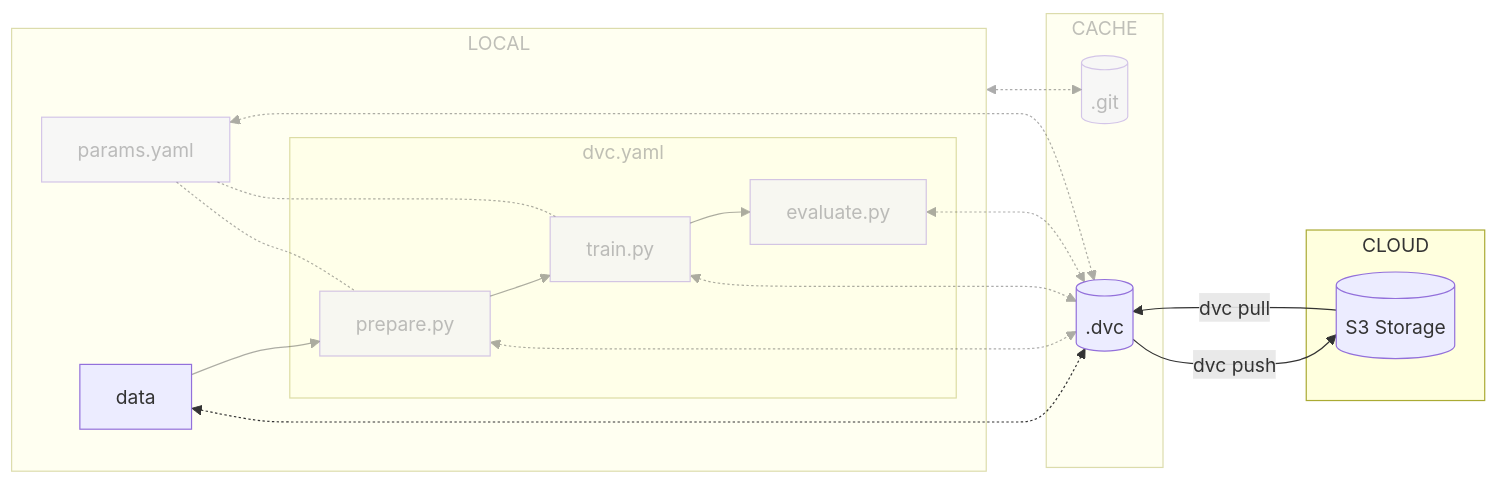
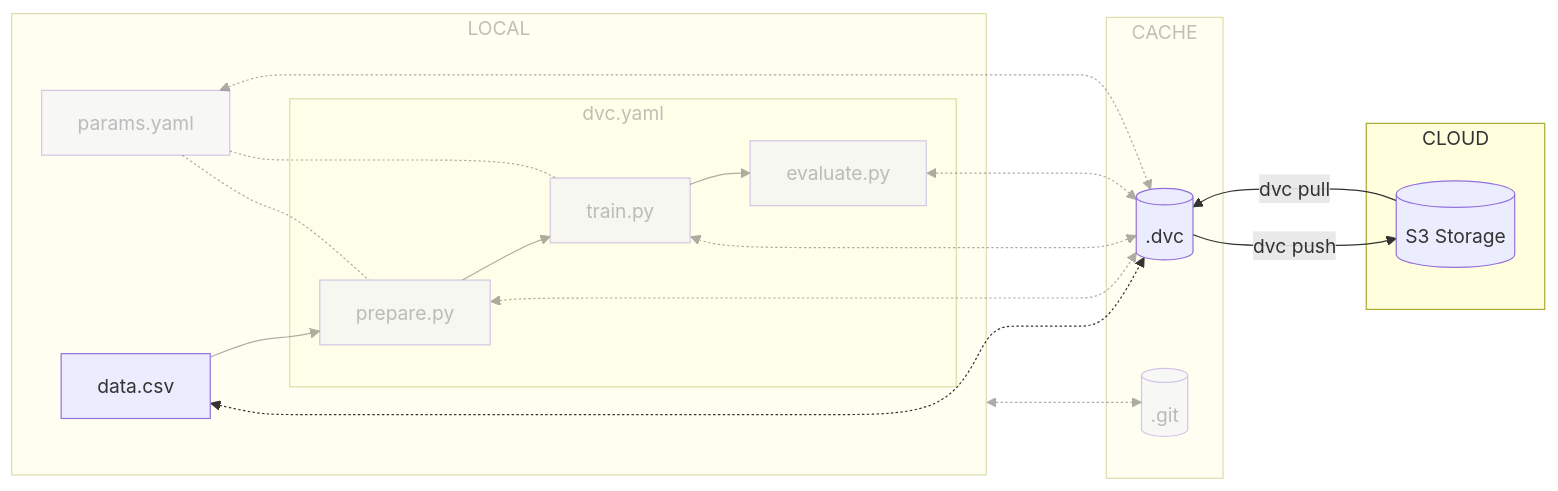
One commit to swiss-ai-center/a-guide-to-mlops changed the diagram in docs/part-2-move-to-the-cloud/chapter-6-move-the-ml-experiment-data-to-the-cloud/index.md. Above: the diagram before and after it, drawn with Mermaid. The commit also changed 9 other files, not shown here.

Commit message:
Rename mermaid vars

````diff
--- a/docs/part-2-move-to-the-cloud/chapter-6-move-the-ml-experiment-data-to-the-cloud/index.md
+++ b/docs/part-2-move-to-the-cloud/chapter-6-move-the-ml-experiment-data-to-the-cloud/index.md
@@ -24,46 +24,46 @@
 ```mermaid
 flowchart LR
-	789994[(".dvc")] -->|"dvc push"| 574108[("S3 Storage")]
-	574108 -->|"dvc pull"| 789994
-	429113[(".git")]
-    356399 <-....-> 429113
-	980408["data"] <-.-> 789994
-	subgraph 438901["CACHE"]
-		789994
-		429113
+	dot_dvc[(.dvc)] -->|dvc push| s3_storage[(S3 Storage)]
+	s3_storage -->|dvc pull| dot_dvc
+	dot_git[(.git)]
+    localGraph <-....-> dot_git
+	data[data.csv] <-.-> dot_dvc
+    subgraph cloudGraph[CLOUD]
+		s3_storage
 	end
-	subgraph 356399["LOCAL"]
-		672354["prepare.py"] <-.-> 789994
-		347464["train.py"] <-.-> 789994
-		964259["evaluate.py"] <-.-> 789994
-		980408 --> 672354
-		subgraph 695374["dvc.yaml"]
-			672354 --> 347464
-			347464 --> 964259
+	subgraph cacheGraph[CACHE]
+		dot_dvc
+		dot_git
+	end
+	subgraph localGraph[LOCAL]
+		prepare[prepare.py] <-.-> dot_dvc
+		train[train.py] <-.-> dot_dvc
+		evaluate[evaluate.py] <-.-> dot_dvc
+		data --> prepare
+		subgraph dvcGraph[dvc.yaml]
+			prepare --> train
+			train --> evaluate
 		end
-        238472["params.yaml"] -.- 672354
-        238472 -.- 347464
-        238472 <-.-> 789994
+        params[params.yaml] -.- prepare
+        params -.- train
+        params <-.-> dot_dvc
 	end
-    subgraph 935111["CLOUD"]
-		574108
-	end
-    style 238472 opacity:0.4,color:#7f7f7f80
-    style 429113 opacity:0.4,color:#7f7f7f80
-    style 438901 opacity:0.4,color:#7f7f7f80
-    style 356399 opacity:0.4,color:#7f7f7f80
-    style 672354 opacity:0.4,color:#7f7f7f80
-    style 347464 opacity:0.4,color:#7f7f7f80
-    style 964259 opacity:0.4,color:#7f7f7f80
-    style 695374 opacity:0.4,color:#7f7f7f80
+    style localGraph opacity:0.4,color:#7f7f7f80
+    style dvcGraph opacity:0.4,color:#7f7f7f80
+    style cacheGraph opacity:0.4,color:#7f7f7f80
+    style dot_git opacity:0.4,color:#7f7f7f80
+    style prepare opacity:0.4,color:#7f7f7f80
+    style train opacity:0.4,color:#7f7f7f80
+    style evaluate opacity:0.4,color:#7f7f7f80
+    style params opacity:0.4,color:#7f7f7f80
     linkStyle 2 opacity:0.4,color:#7f7f7f80
     linkStyle 4 opacity:0.4,color:#7f7f7f80
     linkStyle 5 opacity:0.4,color:#7f7f7f80
     linkStyle 6 opacity:0.4,color:#7f7f7f80
     linkStyle 7 opacity:0.4,color:#7f7f7f80
     linkStyle 8 opacity:0.4,color:#7f7f7f80
     linkStyle 9 opacity:0.4,color:#7f7f7f80
     linkStyle 10 opacity:0.4,color:#7f7f7f80
     linkStyle 11 opacity:0.4,color:#7f7f7f80
     linkStyle 12 opacity:0.4,color:#7f7f7f80
 ```
````
